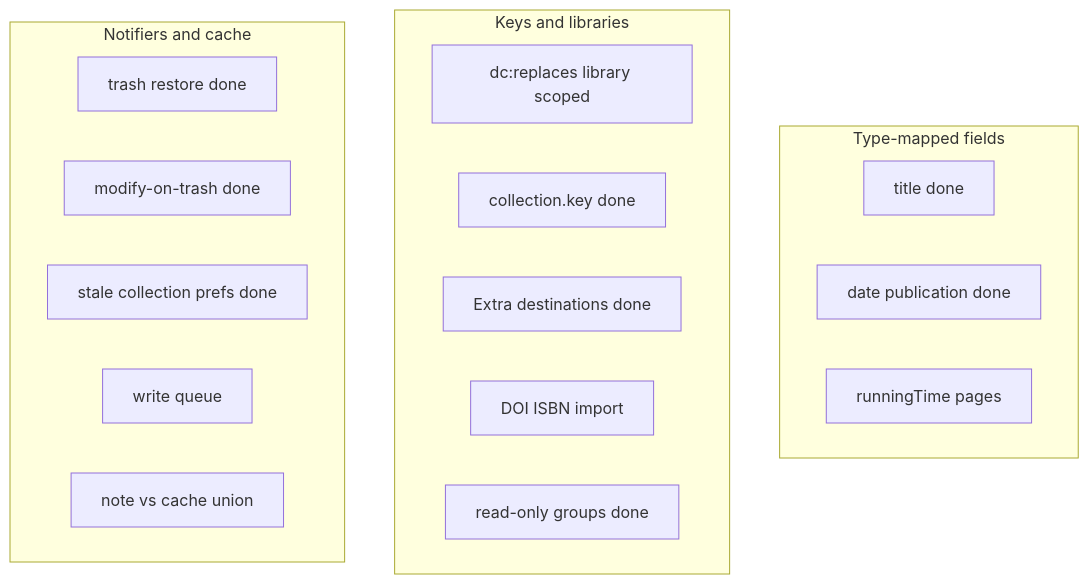
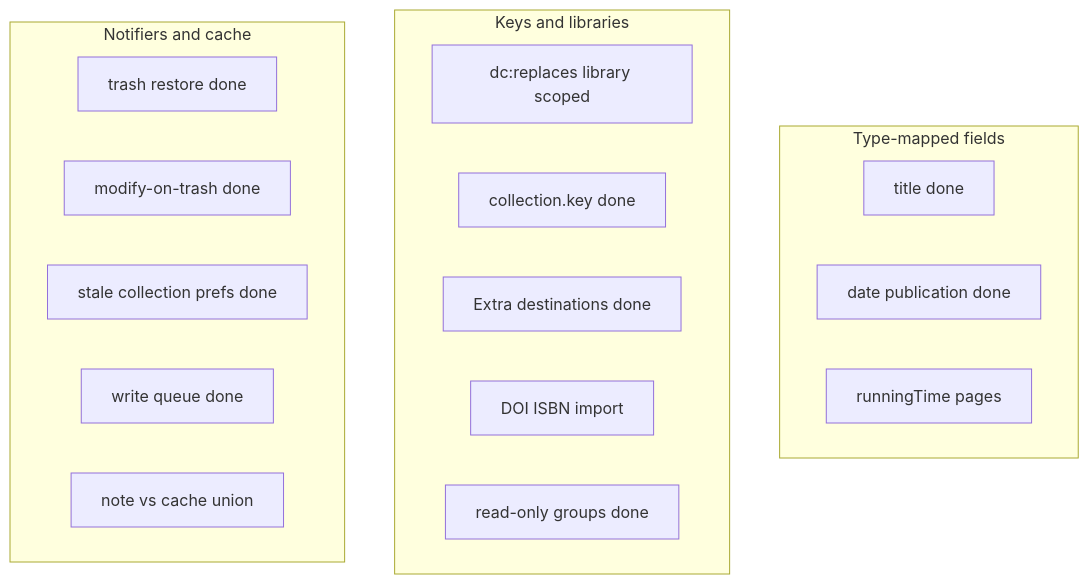
The diagram in .cursor/plans/edge_case_catalog_f566d0b4.plan.md (janbaykara/zotero-syllabus), drawn with Mermaid before and after one commit. The commit also changed other lines of this file, not shown here.

First line of the commit message:
Mark write-queue deadlock and per-library reading schedule done

````diff
--- a/.cursor/plans/edge_case_catalog_f566d0b4.plan.md
+++ b/.cursor/plans/edge_case_catalog_f566d0b4.plan.md
@@ -57,22 +63,22 @@
 ```mermaid
 flowchart TD
   subgraph fields [Type-mapped fields]
     title[title done]
     date[date publication done]
     runtime[runningTime pages]
   end
   subgraph keys [Keys and libraries]
     merge[dc:replaces library scoped]
     collKey[collection.key done]
     extraMove[Extra destinations done]
     doiIsbn[DOI ISBN import]
     readonly[read-only groups done]
   end
   subgraph events [Notifiers and cache]
     trash[trash restore done]
     deletedModify[modify-on-trash done]
     prefs[stale collection prefs done]
-    writeQ[write queue]
+    writeQ[write queue done]
     noteMerge[note vs cache union]
   end
 ```
````
